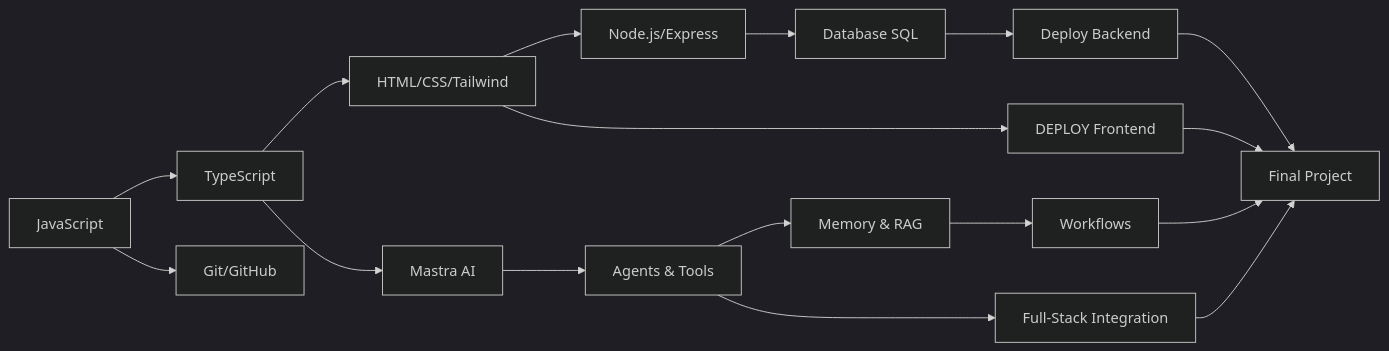
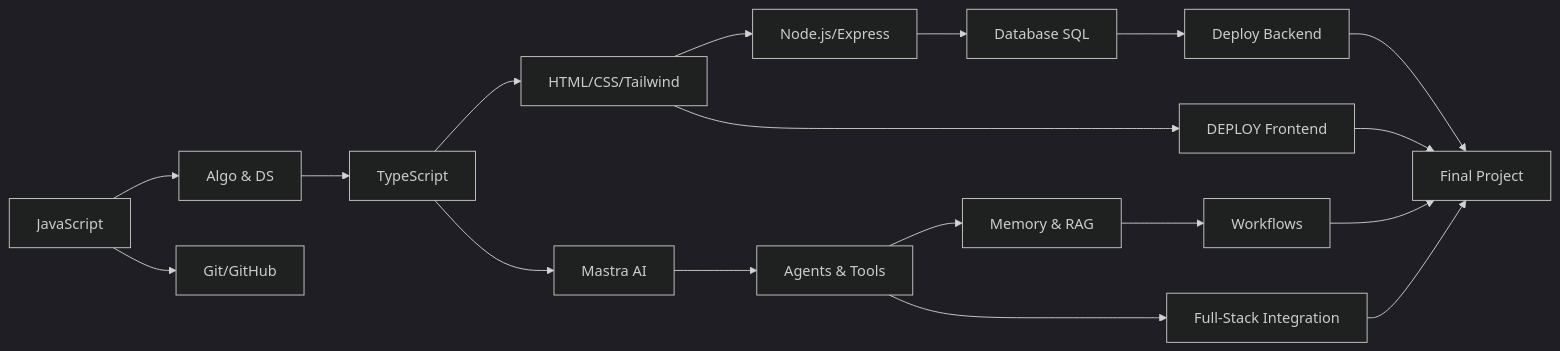
One commit to ant-joshua/rpl-ai-curriculum changed the diagram in paths/04-fullstack.md. Above: the diagram before and after it, drawn with Mermaid. The commit also changed other lines of this file and 26 other files, not shown here.

````diff
--- a/paths/04-fullstack.md
+++ b/paths/04-fullstack.md
@@ -11,20 +11,21 @@
 ```mermaid
 %%{init: {'theme': 'dark'}}%%
 flowchart LR
-  JS[JavaScript] --> TS[TypeScript]
+  JS[JavaScript] --> ALGO[Algo & DS]
   JS --> GIT[Git/GitHub]
+  ALGO --> TS[TypeScript]
   TS --> WEB[HTML/CSS/Tailwind]
   WEB --> NODE[Node.js/Express]
   NODE --> DB[Database SQL]
   TS --> MASTRA[Mastra AI]
   MASTRA --> AGENTS[Agents & Tools]
   AGENTS --> MEM[Memory & RAG]
   DB --> DEPLOY[Deploy Backend]
   WEB --> FE[DEPLOY Frontend]
   MEM --> WORK[Workflows]
   AGENTS --> FULL[Full-Stack Integration]
   FULL --> PROJ[Final Project]
   FE --> PROJ
   DEPLOY --> PROJ
   WORK --> PROJ
 ```
````
